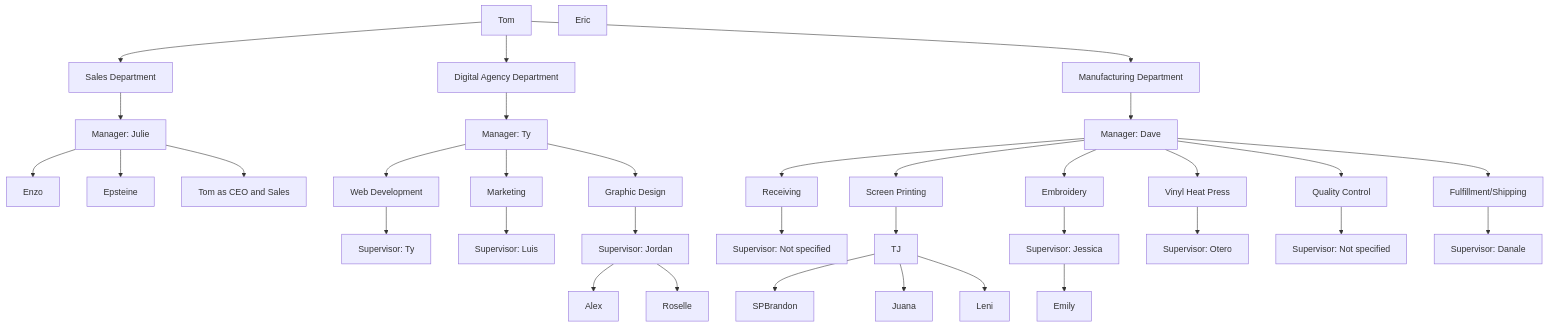
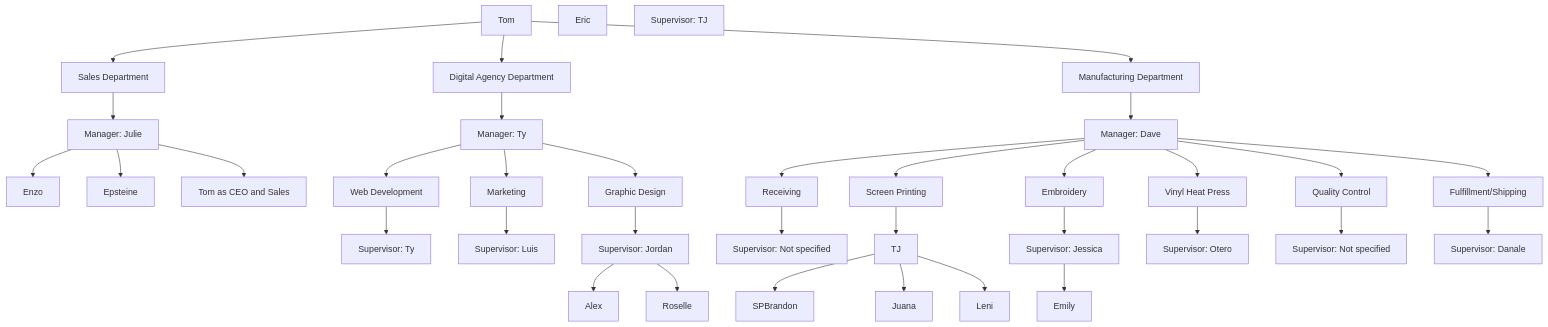
The first of 11 diagrams in README.md (TyGrim13/4WinnerFlows), drawn with Mermaid before and after one commit.

````diff
--- a/README.md
+++ b/README.md
@@ -28,73 +28,73 @@
 ```mermaid
 flowchart TD
     CEO[Tom] & Eric
     SalesDept[Sales Department]
     SalesMgr[Manager: Julie]
     Enzo[Enzo]
     Epsteine[Epsteine]
     TomAsSales[Tom as CEO and Sales]
     CEO --> SalesDept
     SalesDept --> SalesMgr
     SalesMgr --> Enzo
     SalesMgr --> Epsteine
     SalesMgr --> TomAsSales
 
     DigitalAgency[Digital Agency Department]
     DigitalMgr[Manager: Ty]
     WebDev[Web Development]
     WebSup[Supervisor: Ty]
     Marketing[Marketing]
     MarkSup[Supervisor: Luis]
     GraphicDesign[Graphic Design]
     GDSup[Supervisor: Jordan]
     Alex[Alex]
     Roselle[Roselle]
     CEO --> DigitalAgency
     DigitalAgency --> DigitalMgr
     DigitalMgr --> WebDev
     WebDev --> WebSup
     DigitalMgr --> Marketing
     Marketing --> MarkSup
     DigitalMgr --> GraphicDesign
     GraphicDesign --> GDSup
     GDSup --> Alex
     GDSup --> Roselle
 
     Manufacturing[Manufacturing Department]
     ManuMgr[Manager: Dave]
     Receiving[Receiving]
     RecSup[Supervisor: Not specified]
     ScreenPrinting[Screen Printing]
-    SPTJ[Supervisor: TJ]
+    SP[Supervisor: TJ]
     SPTJ[TJ]
     SPJuana[Juana]
     SPLeni[Leni]
     Embroidery[Embroidery]
     EmbSup[Supervisor: Jessica]
     Emily[Emily]
     VinylHeatPress[Vinyl Heat Press]
     VHP[Supervisor: Otero]
     QualityControl[Quality Control]
     QCSup[Supervisor: Not specified]
     FulfillmentShipping[Fulfillment/Shipping]
     FulfillSup[Supervisor: Danale]
     CEO --> Manufacturing
     Manufacturing --> ManuMgr
     ManuMgr --> Receiving
     Receiving --> RecSup
     ManuMgr --> ScreenPrinting
     ScreenPrinting --> SPTJ
     SPTJ --> SPBrandon
     SPTJ --> SPJuana
     SPTJ --> SPLeni
     ManuMgr --> Embroidery
     Embroidery --> EmbSup
     EmbSup --> Emily
     ManuMgr --> VinylHeatPress
     VinylHeatPress --> VHP
     ManuMgr --> QualityControl
     QualityControl --> QCSup
     ManuMgr --> FulfillmentShipping
     FulfillmentShipping --> FulfillSup
 
 ```
````
